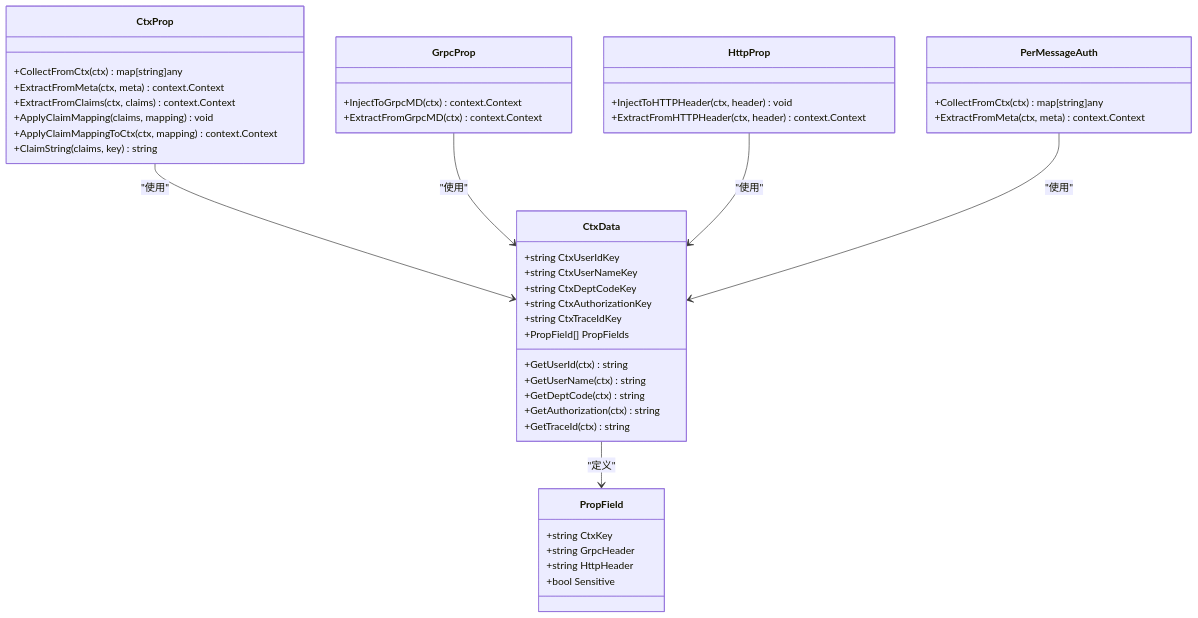
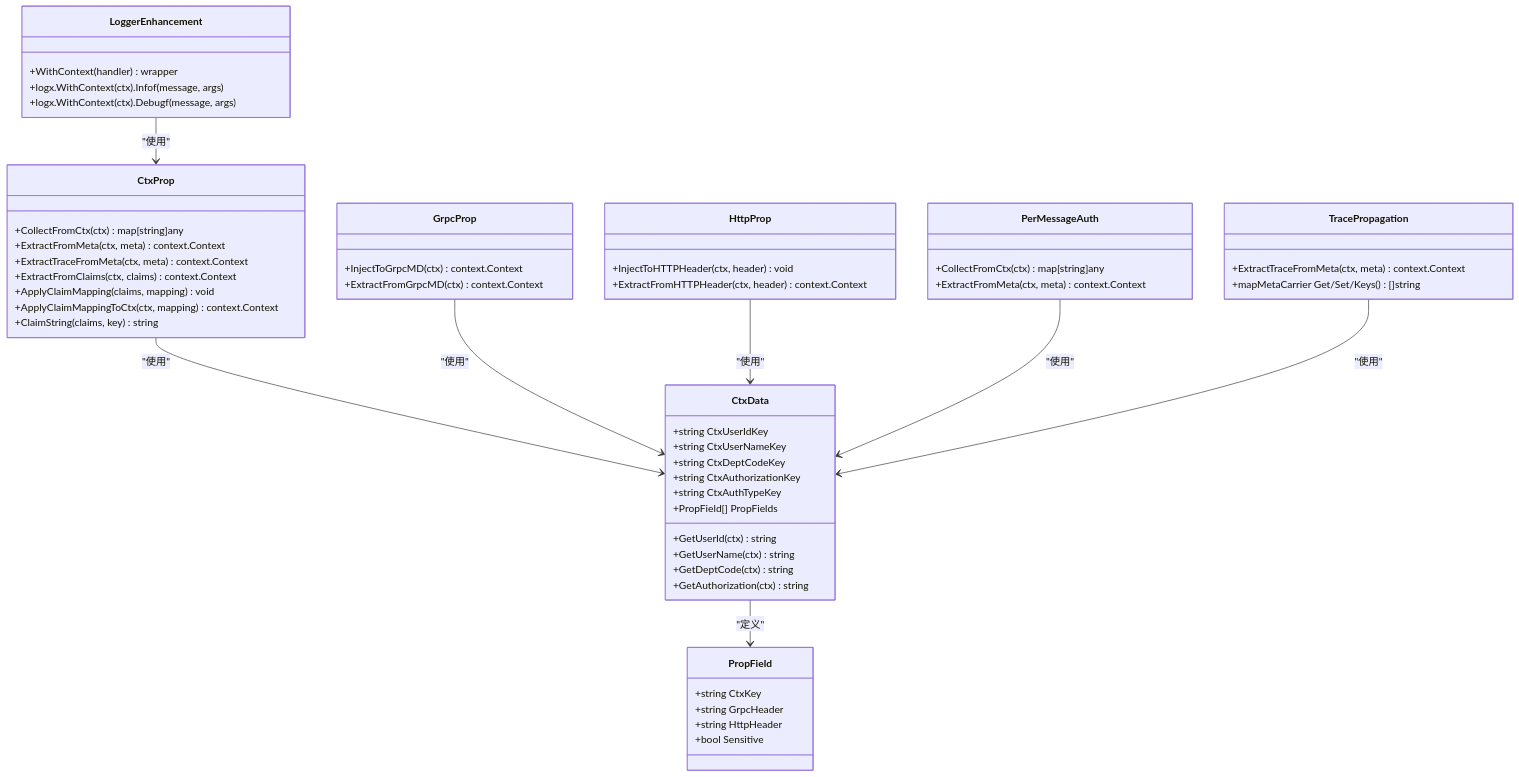
One commit to maomao94/zero-service changed the third of 15 diagrams in .qoder/repowiki/zh/content/Ctxprop Package.md. Above: the diagram before and after it, drawn with Mermaid. The commit also changed other lines of this file and 25 other files, not shown here.

````diff
--- a/.qoder/repowiki/zh/content/Ctxprop Package.md
+++ b/.qoder/repowiki/zh/content/Ctxprop Package.md
@@ -193,47 +220,58 @@
 ```mermaid
 classDiagram
 class PropField {
 +string CtxKey
 +string GrpcHeader
 +string HttpHeader
 +bool Sensitive
 }
 class CtxData {
 +string CtxUserIdKey
 +string CtxUserNameKey
 +string CtxDeptCodeKey
 +string CtxAuthorizationKey
-+string CtxTraceIdKey
++string CtxAuthTypeKey
 +PropField[] PropFields
 +GetUserId(ctx) string
 +GetUserName(ctx) string
 +GetDeptCode(ctx) string
 +GetAuthorization(ctx) string
-+GetTraceId(ctx) string
 }
 class CtxProp {
 +CollectFromCtx(ctx) map[string]any
 +ExtractFromMeta(ctx, meta) context.Context
++ExtractTraceFromMeta(ctx, meta) context.Context
 +ExtractFromClaims(ctx, claims) context.Context
 +ApplyClaimMapping(claims, mapping) void
 +ApplyClaimMappingToCtx(ctx, mapping) context.Context
 +ClaimString(claims, key) string
 }
 class GrpcProp {
 +InjectToGrpcMD(ctx) context.Context
 +ExtractFromGrpcMD(ctx) context.Context
 }
 class HttpProp {
 +InjectToHTTPHeader(ctx, header) void
 +ExtractFromHTTPHeader(ctx, header) context.Context
 }
 class PerMessageAuth {
 +CollectFromCtx(ctx) map[string]any
 +ExtractFromMeta(ctx, meta) context.Context
 }
+class TracePropagation {
++ExtractTraceFromMeta(ctx, meta) context.Context
++mapMetaCarrier Get/Set/Keys() []string
+}
+class LoggerEnhancement {
++WithContext(handler) wrapper
++logx.WithContext(ctx).Infof(message, args)
++logx.WithContext(ctx).Debugf(message, args)
+}
 CtxData --> PropField : "定义"
 CtxProp --> CtxData : "使用"
 GrpcProp --> CtxData : "使用"
 HttpProp --> CtxData : "使用"
 PerMessageAuth --> CtxData : "使用"
+TracePropagation --> CtxData : "使用"
+LoggerEnhancement --> CtxProp : "使用"
 ```
````
